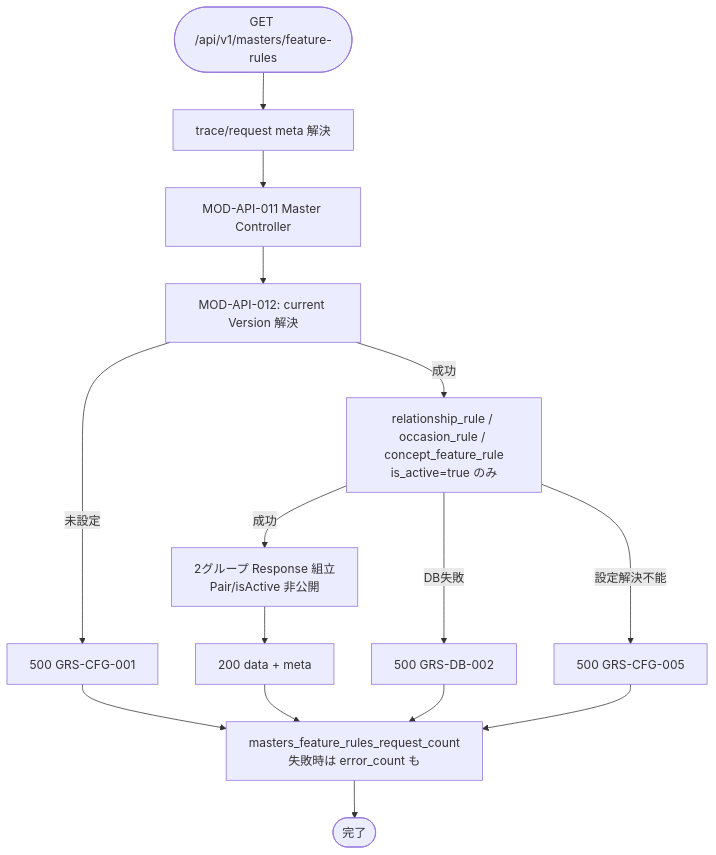
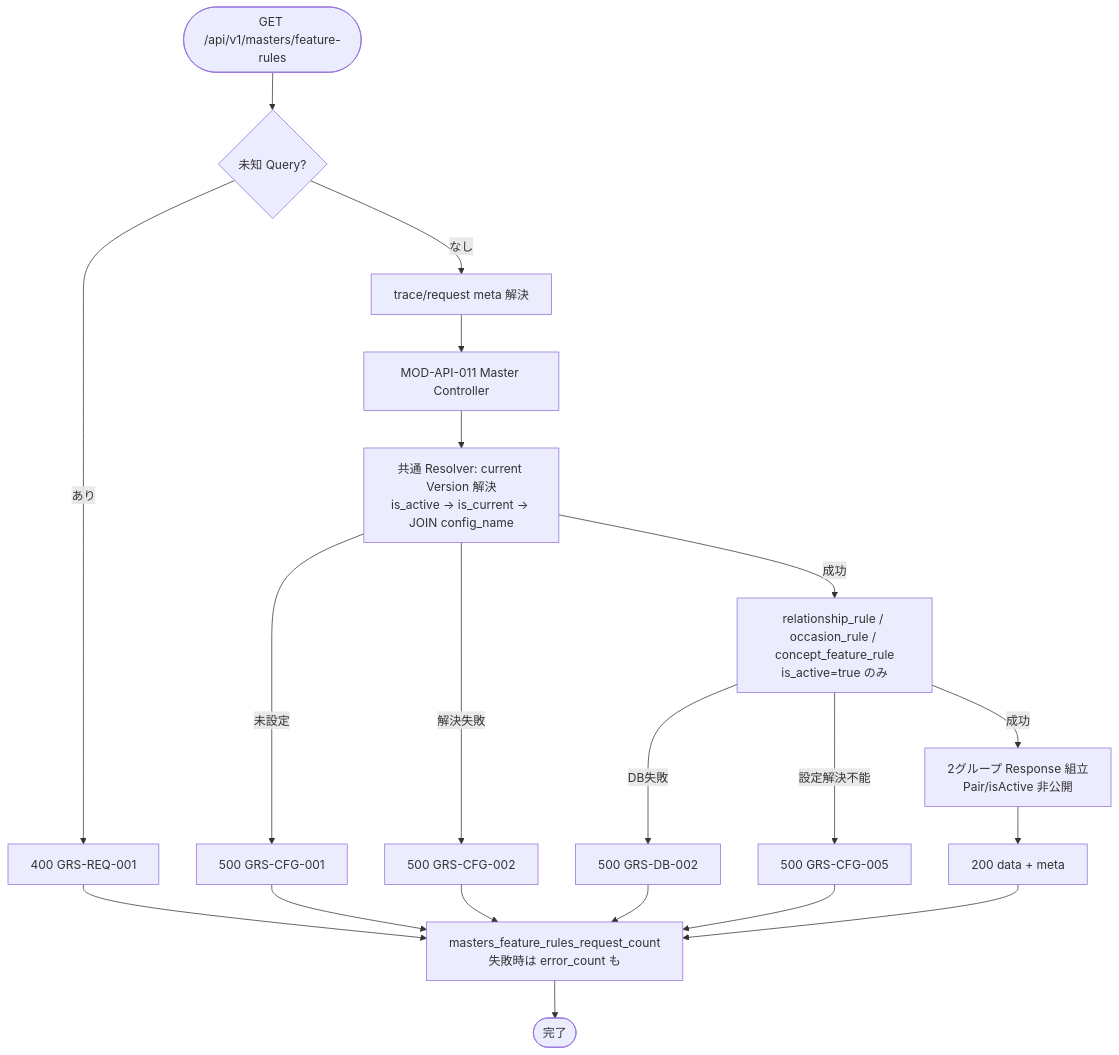
The diagram in docs/06_実装設計/api/API-PUB-008_Featureルール取得API実装仕様書.md (ryo-chan-k6/GiftRecommendAPP_MVP_CYCLE_3), drawn with Mermaid before and after one commit. The commit also changed other lines of this file and 2 other files, not shown here.

First line of the commit message:
docs(api): API-PUB-008 実装仕様に PUB-007 方針と Human 判断を反映

````diff
--- a/docs/06_実装設計/api/API-PUB-008_Featureルール取得API実装仕様書.md
+++ b/docs/06_実装設計/api/API-PUB-008_Featureルール取得API実装仕様書.md
@@ -142,17 +152,22 @@
 ```mermaid
 flowchart TD
-    START([GET /api/v1/masters/feature-rules]) --> META[trace/request meta 解決]
+    START([GET /api/v1/masters/feature-rules]) --> Q{未知 Query?}
+    Q -->|あり| E400[400 GRS-REQ-001]
+    Q -->|なし| META[trace/request meta 解決]
     META --> CTRL[MOD-API-011 Master Controller]
-    CTRL --> VER[MOD-API-012: current Version 解決]
+    CTRL --> VER[共通 Resolver: current Version 解決<br/>is_active → is_current → JOIN config_name]
     VER -->|未設定| E001[500 GRS-CFG-001]
+    VER -->|解決失敗| E002cfg[500 GRS-CFG-002]
     VER -->|成功| RULES[relationship_rule / occasion_rule / concept_feature_rule<br/>is_active=true のみ]
     RULES -->|成功| MAP[2グループ Response 組立<br/>Pair/isActive 非公開]
     MAP --> OK200[200 data + meta]
-    RULES -->|DB失敗| E002[500 GRS-DB-002]
+    RULES -->|DB失敗| E002db[500 GRS-DB-002]
     RULES -->|設定解決不能| E005[500 GRS-CFG-005]
-    OK200 --> METRIC[masters_feature_rules_request_count<br/>失敗時は error_count も]
+    E400 --> METRIC[masters_feature_rules_request_count<br/>失敗時は error_count も]
     E001 --> METRIC
-    E002 --> METRIC
+    E002cfg --> METRIC
+    E002db --> METRIC
     E005 --> METRIC
+    OK200 --> METRIC
     METRIC --> END([完了])
 ```
````
